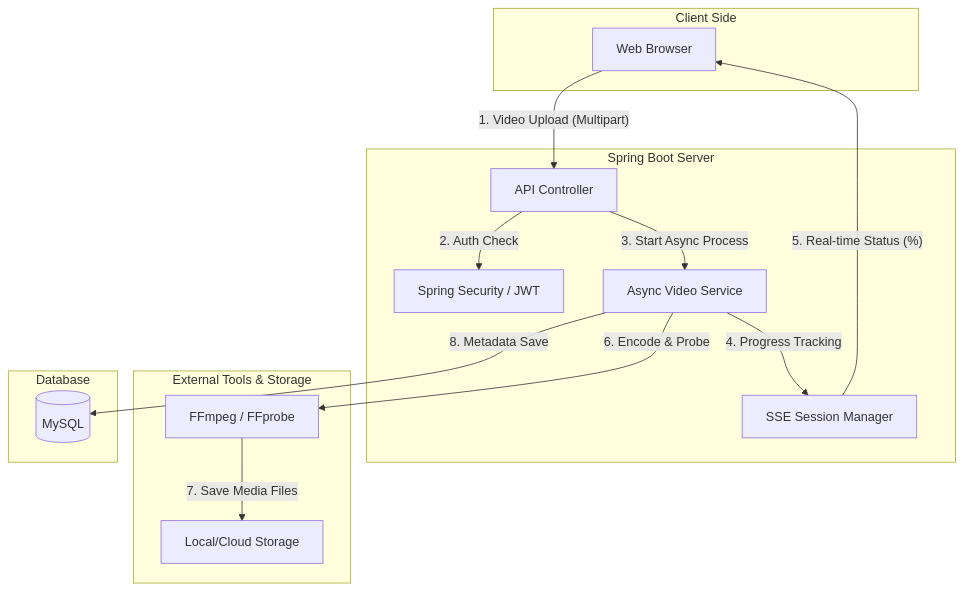
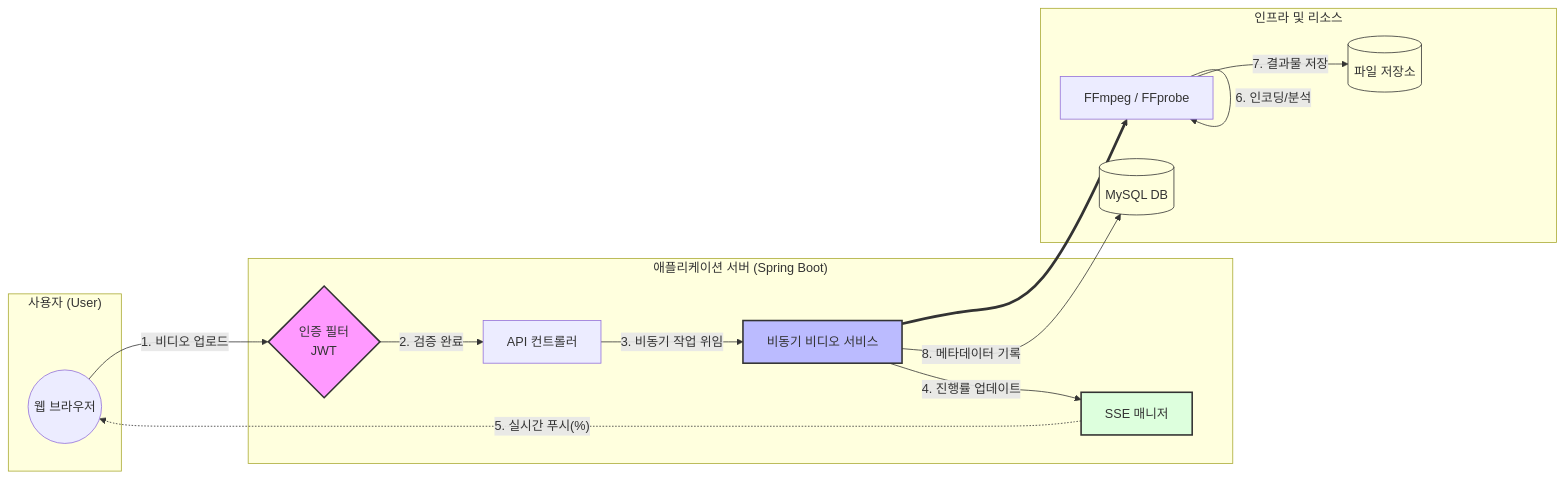
Before and after one commit to sewoong-An/streaming: the diagram in README.md, drawn with Mermaid.

````diff
--- a/README.md
+++ b/README.md
@@ -43,31 +43,39 @@
 ```mermaid
-graph TD
-    subgraph "Client Side"
-        A[Web Browser]
+graph LR
+    subgraph "사용자 (User)"
+        Client((웹 브라우저))
     end
 
-    subgraph "Spring Boot Server"
-        B[API Controller]
-        C[Spring Security / JWT]
-        D[Async Video Service]
-        E[SSE Session Manager]
+    subgraph "애플리케이션 서버 (Spring Boot)"
+        Auth{인증 필터<br/>JWT}
+        Ctrl[API 컨트롤러]
+        Svc[비동기 비디오 서비스]
+        SSE[SSE 매니저]
     end
 
-    subgraph "External Tools & Storage"
-        F[FFmpeg / FFprobe]
-        G[Local/Cloud Storage]
+    subgraph "인프라 및 리소스"
+        FF[FFmpeg / FFprobe]
+        Storage[(파일 저장소)]
+        DB[(MySQL DB)]
     end
 
-    subgraph "Database"
-        H[(MySQL)]
-    end
+    %% 흐름 정의
+    Client -- "1. 비디오 업로드" --> Auth
+    Auth -- "2. 검증 완료" --> Ctrl
+    Ctrl -- "3. 비동기 작업 위임" --> Svc
+    
+    Svc -- "4. 진행률 업데이트" --> SSE
+    SSE -. "5. 실시간 푸시(%)" .-> Client
+    
+    Svc ==> FF
+    FF -- "6. 인코딩/분석" --> FF
+    FF -- "7. 결과물 저장" --> Storage
+    Svc -- "8. 메타데이터 기록" --> DB
 
-    A -- "1. Video Upload (Multipart)" --> B
-    B -- "2. Auth Check" --> C
-    B -- "3. Start Async Process" --> D
-    D -- "4. Progress Tracking" --> E
-    E -- "5. Real-time Status (%)" --> A
-    D -- "6. Encode & Probe" --> F
-    F -- "7. Save Media Files" --> G
-    D -- "8. Metadata Save" --> H
+    %% 스타일링
+    style Auth fill:#f9f,stroke:#333,stroke-width:2px
+    style Svc fill:#bbf,stroke:#333,stroke-width:2px
+    style SSE fill:#dfd,stroke:#333,stroke-width:2px
+    style Storage fill:#ffd,stroke:#333
+    style DB fill:#ffd,stroke:#333
 ```
````
